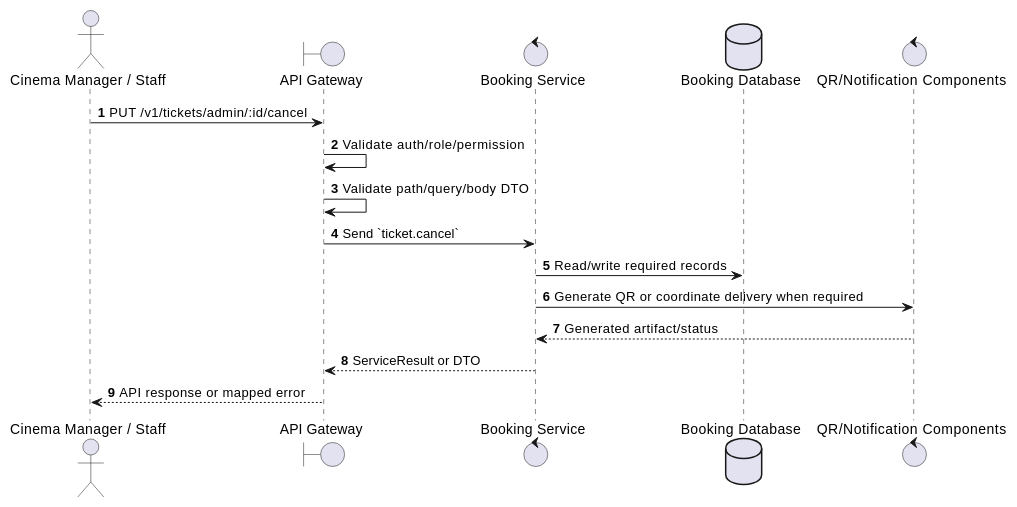
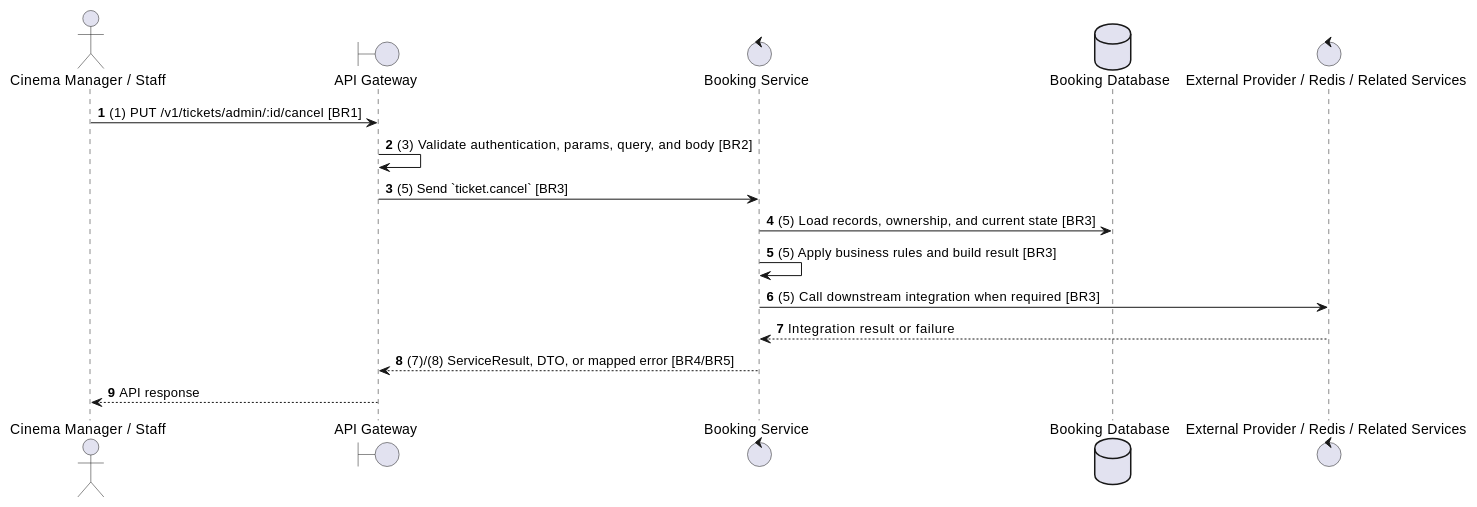
One commit to Tanh1603/movie-hub-architecture changed the second of 2 diagrams in docs/functional_specs/3.7_Ticket_Management_Module/TK-A05_Cancel_Ticket.md. Above: the diagram before and after it, drawn with PlantUML. The commit also changed other lines of this file and 129 other files, not shown here.

````diff
--- a/docs/functional_specs/3.7_Ticket_Management_Module/TK-A05_Cancel_Ticket.md
+++ b/docs/functional_specs/3.7_Ticket_Management_Module/TK-A05_Cancel_Ticket.md
@@ -17,20 +64,20 @@
 ```plantuml
 @startuml
 autonumber
 actor "Cinema Manager / Staff" as Actor
 boundary "API Gateway" as GW
 control "Booking Service" as SVC
 database "Booking Database" as DB
-control "QR/Notification Components" as EXT
+control "External Provider / Redis / Related Services" as EXT
 
-Actor -> GW: PUT /v1/tickets/admin/:id/cancel
-GW -> GW: Validate auth/role/permission
-GW -> GW: Validate path/query/body DTO
-GW -> SVC: Send `ticket.cancel`
-SVC -> DB: Read/write required records
-SVC -> EXT: Generate QR or coordinate delivery when required
-EXT --> SVC: Generated artifact/status
-SVC --> GW: ServiceResult or DTO
-GW --> Actor: API response or mapped error
+Actor -> GW: (1) PUT /v1/tickets/admin/:id/cancel [BR1]
+GW -> GW: (3) Validate authentication, params, query, and body [BR2]
+GW -> SVC: (5) Send `ticket.cancel` [BR3]
+SVC -> DB: (5) Load records, ownership, and current state [BR3]
+SVC -> SVC: (5) Apply business rules and build result [BR3]
+SVC -> EXT: (5) Call downstream integration when required [BR3]
+EXT --> SVC: Integration result or failure
+SVC --> GW: (7)/(8) ServiceResult, DTO, or mapped error [BR4/BR5]
+GW --> Actor: API response
 @enduml
 ```
````
